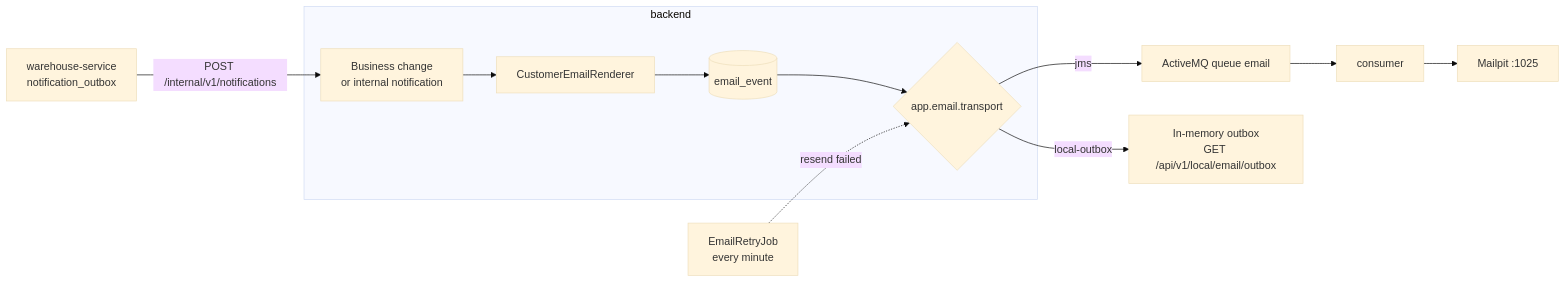
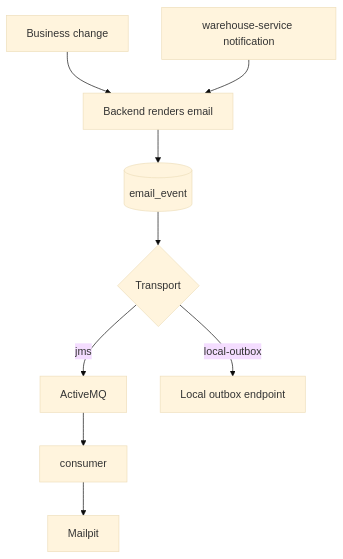
The diagram in docs-site/docs/flows/emails.md (slawekradzyminski/awesome-localstack), drawn with Mermaid (base theme) before and after one commit. The commit also changed 27 other files, not shown here.

First line of the commit message:
Fix unrendered wiki diagrams and make every diagram readable

````diff
--- a/docs-site/docs/flows/emails.md
+++ b/docs-site/docs/flows/emails.md
@@ -9,12 +9,9 @@
 ```mermaid
-flowchart LR
-    subgraph backend
-        S[Business change<br/>or internal notification] --> R[CustomerEmailRenderer]
-        R --> E[(email_event)]
-        E --> T{app.email.transport}
-    end
-    T -- jms --> Q[ActiveMQ queue email] --> C[consumer] --> SMTP[Mailpit :1025]
-    T -- local-outbox --> O[In-memory outbox<br/>GET /api/v1/local/email/outbox]
-    J[EmailRetryJob<br/>every minute] -. resend failed .-> T
-    W[warehouse-service<br/>notification_outbox] -- POST /internal/v1/notifications --> S
+flowchart TB
+    S[Business change] --> R[Backend renders email]
+    W[warehouse-service notification] --> R
+    R --> E[(email_event)]
+    E --> T{Transport}
+    T -- jms --> Q[ActiveMQ] --> C[consumer] --> M[Mailpit]
+    T -- local-outbox --> O[Local outbox endpoint]
 ```
````
